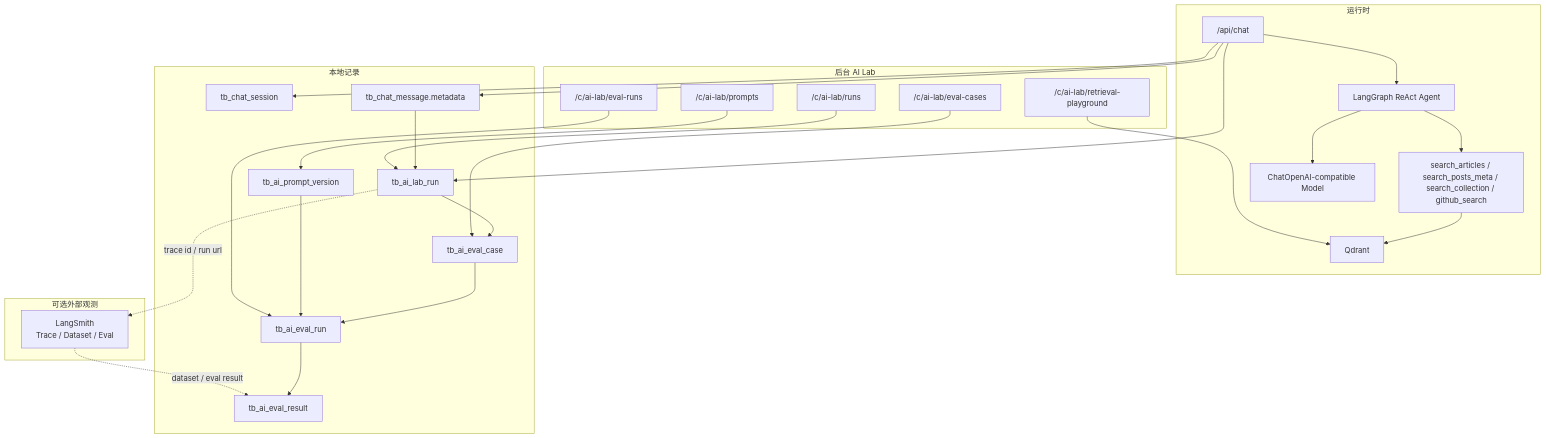
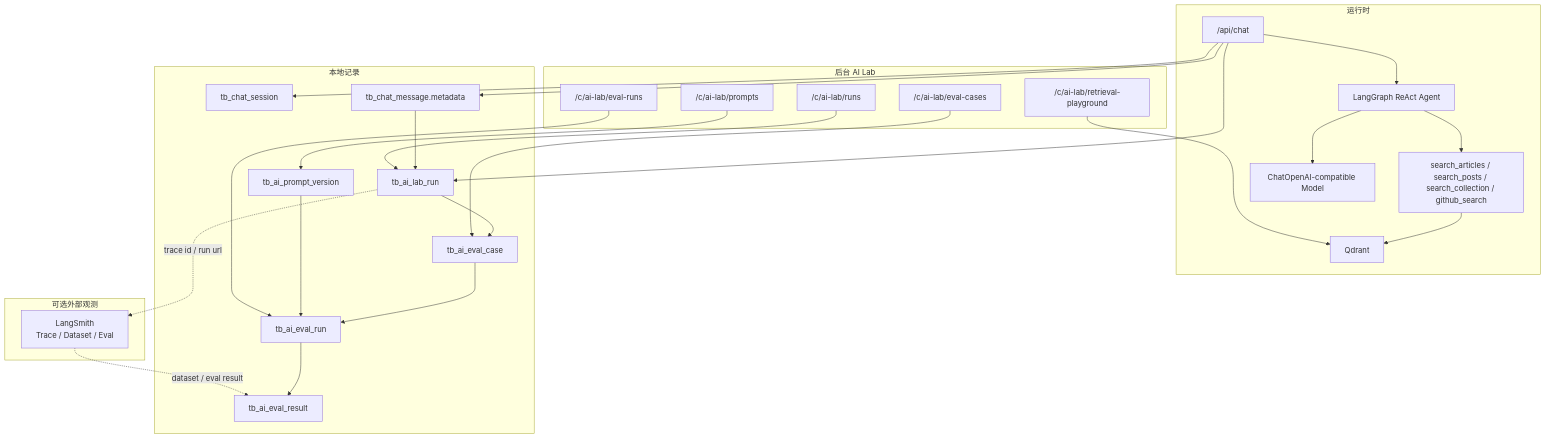
One commit to NNNNzs/react.nnnnzs.cn changed the first of 4 diagrams in docs/designs/ai/ai-lab.md. Above: the diagram before and after it, drawn with Mermaid. The commit also changed other lines of this file and 39 other files, not shown here.

````diff
--- a/docs/designs/ai/ai-lab.md
+++ b/docs/designs/ai/ai-lab.md
@@ -32,55 +32,55 @@
 ```mermaid
 flowchart TB
     subgraph Runtime["运行时"]
         ChatApi["/api/chat"]
         Agent["LangGraph ReAct Agent"]
-        Tools["search_articles / search_posts_meta / search_collection / github_search"]
+        Tools["search_articles / search_posts / search_collection / github_search"]
         Qdrant["Qdrant"]
         LLM["ChatOpenAI-compatible Model"]
     end
 
     subgraph Storage["本地记录"]
         ChatSession["tb_chat_session"]
         ChatMessage["tb_chat_message.metadata"]
         AiRun["tb_ai_lab_run"]
         EvalCase["tb_ai_eval_case"]
         EvalRun["tb_ai_eval_run"]
         EvalResult["tb_ai_eval_result"]
         PromptVersion["tb_ai_prompt_version"]
     end
 
     subgraph Admin["后台 AI Lab"]
         RunsPage["/c/ai-lab/runs"]
         RetrievalPage["/c/ai-lab/retrieval-playground"]
         CasesPage["/c/ai-lab/eval-cases"]
         EvalRunsPage["/c/ai-lab/eval-runs"]
         PromptsPage["/c/ai-lab/prompts"]
     end
 
     subgraph External["可选外部观测"]
         LangSmith["LangSmith<br/>Trace / Dataset / Eval"]
     end
 
     ChatApi --> Agent
     Agent --> Tools
     Agent --> LLM
     Tools --> Qdrant
 
     ChatApi --> ChatSession
     ChatApi --> ChatMessage
     ChatApi --> AiRun
     ChatMessage --> AiRun
     AiRun --> EvalCase
     EvalCase --> EvalRun
     EvalRun --> EvalResult
     PromptVersion --> EvalRun
 
     AiRun -. trace id / run url .-> LangSmith
     LangSmith -. dataset / eval result .-> EvalResult
 
     RunsPage --> AiRun
     RetrievalPage --> Qdrant
     CasesPage --> EvalCase
     EvalRunsPage --> EvalRun
     PromptsPage --> PromptVersion
 ```
````
